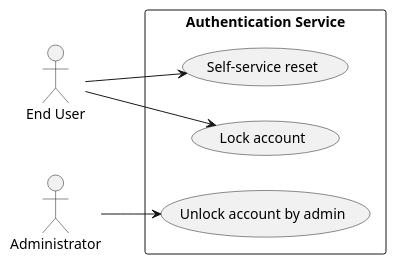
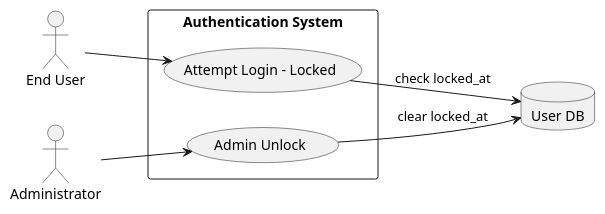
One commit to Hadiya-Kanini/Demo changed the fourth of 9 diagrams in .propel/context/docs/spec.md. Above: the diagram before and after it, drawn with PlantUML. The commit also changed other lines of this file, not shown here.

````diff
--- a/.propel/context/docs/spec.md
+++ b/.propel/context/docs/spec.md
@@ -273,19 +241,19 @@
 ```plantuml
 @startuml
 left to right direction
 skinparam packageStyle rectangle
 
-actor "End User" as EndUser
+actor "End User" as User
 actor "Administrator" as Admin
+rectangle "Authentication System" {
+  usecase (Attempt Login - Locked) as UC4
+  usecase (Admin Unlock) as UC4b
+}
+database "User DB" as DB
 
-rectangle "Authentication Service" {
-  usecase (Lock account) as UC1
-  usecase (Unlock account by admin) as UC2
-  usecase (Self-service reset) as UC3
-}
-
-EndUser --> UC1
-EndUser --> UC3
-Admin --> UC2
+User --> UC4
+UC4 --> DB : check locked_at
+Admin --> UC4b
+UC4b --> DB : clear locked_at
 @enduml
 ```
````
